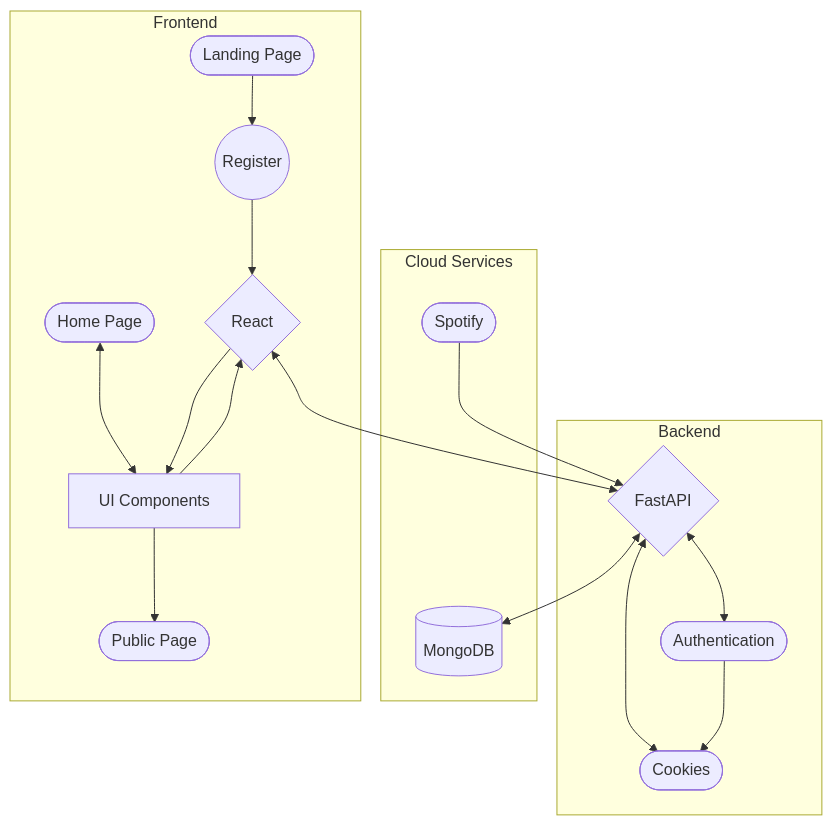
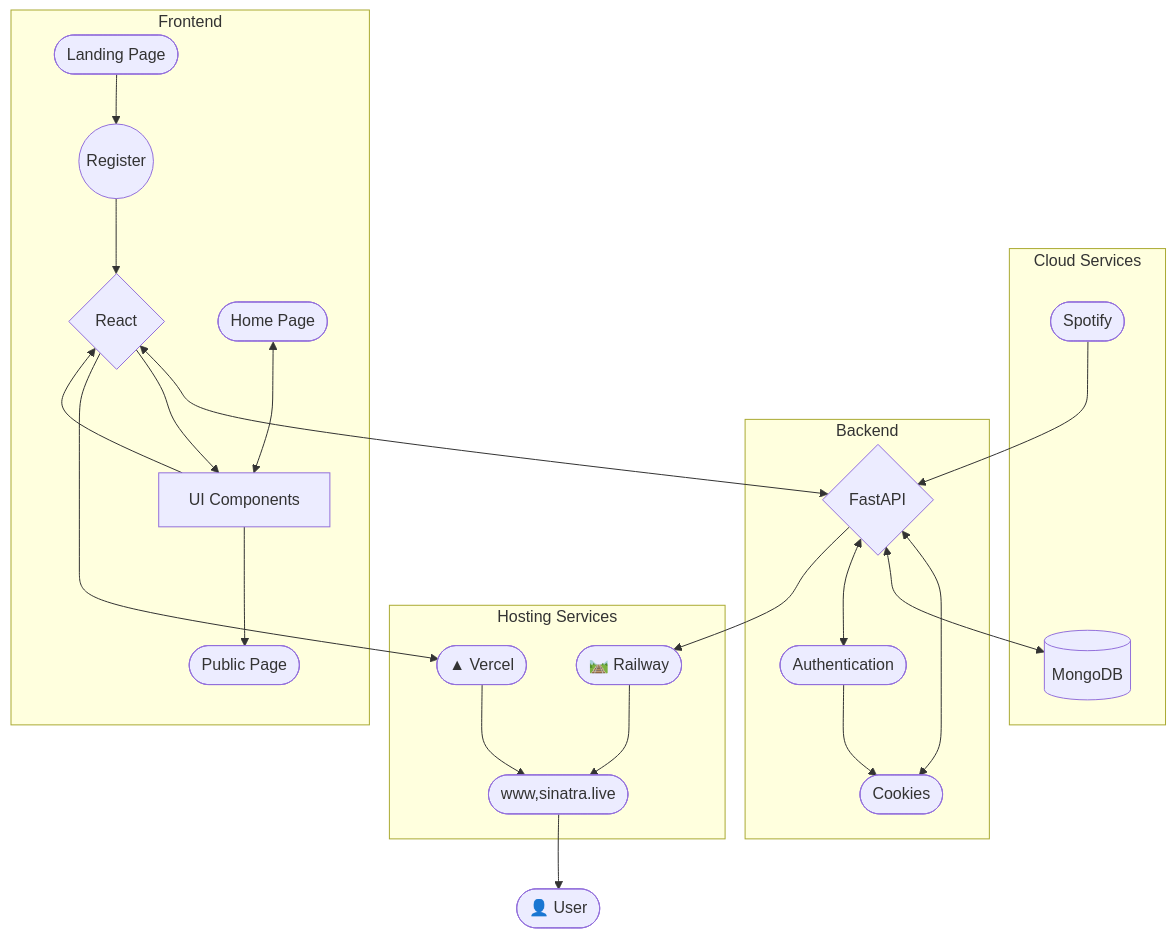
The diagram in tools/build.md (courtashdale/sinatra-backend), drawn with Mermaid before and after one commit. The commit also changed 1 other file, not shown here.

Commit message:
feat: Update authentication flow to set secure cookies and add logout functionality; enhance mermaid diagram for clarity

````diff
--- a/tools/build.md
+++ b/tools/build.md
@@ -1,40 +1,52 @@
 ```mermaid
 graph TD
+subgraph Hosting Services
+    vercel([▲ Vercel])
+    railway([🛤️ Railway])
+    web([www,sinatra.live])
+end
+
+user([👤 User])
+
 subgraph Backend
     api{FastAPI}
     cookie([Cookies])
     auth([Authentication])
-    
 end
 
 subgraph Cloud Services
     db[(MongoDB)]
     spotify([Spotify])
 end
 
 
 subgraph Frontend
     landing([Landing Page])
     ui[UI Components]
     register((Register))
     react{React}
     
     home([Home Page])
     
     public([Public Page])
     
 end
 
 landing --> register
 register --> react
 ui --> public
 home <--> ui
 api <--> cookie
 auth --> cookie
 react <--> api
 api <--> db
 spotify --> api
 react --> ui
 api <--> auth
 ui --> react
+api --> railway
+react --> vercel
+vercel --> web
+railway --> web
+web --> user
 ```
````
